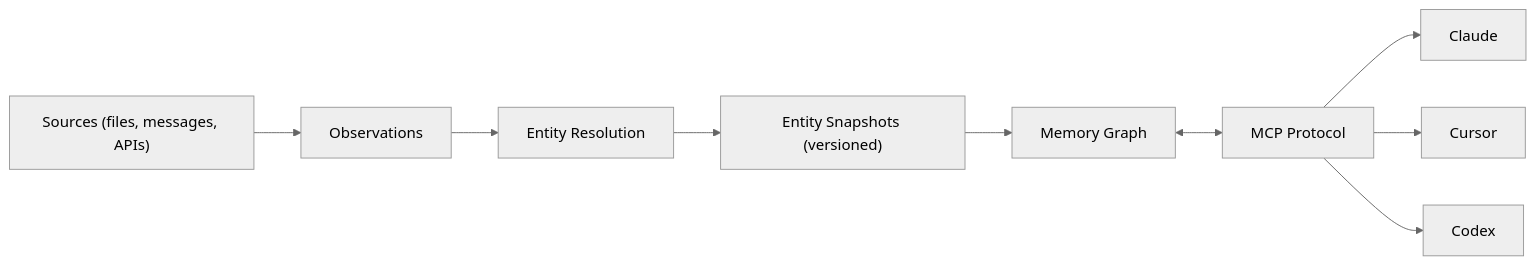
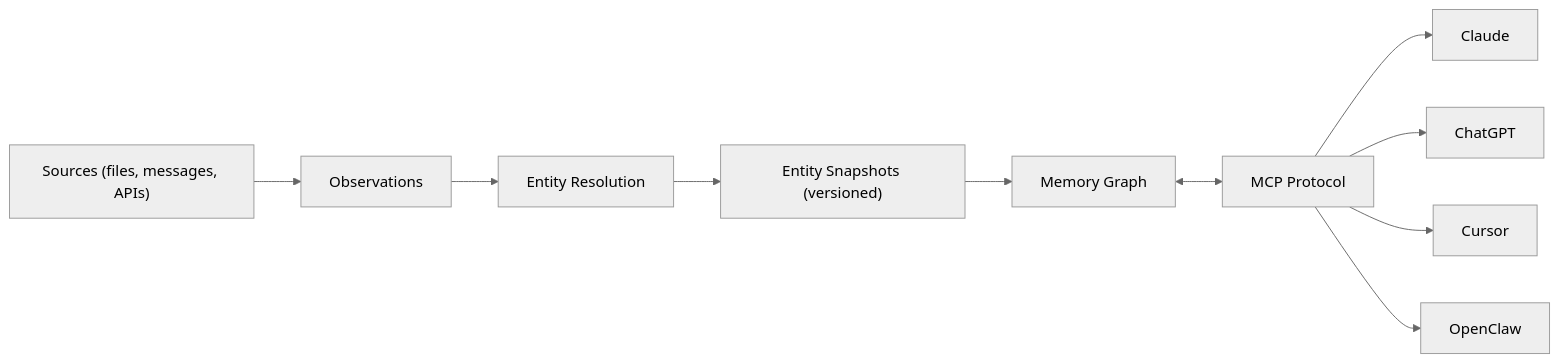
One commit to markmhendrickson/neotoma changed the diagram in README.md. Above: the diagram before and after it, drawn with Mermaid (neutral theme). The commit also changed other lines of this file and 15 other files, not shown here.

First line of the commit message:
refine evaluation-first site flow and public release notes

````diff
--- a/README.md
+++ b/README.md
@@ -30,11 +28,12 @@
 ```mermaid
 graph LR
   Sources["Sources (files, messages, APIs)"] --> Obs[Observations]
   Obs --> Entities[Entity Resolution]
   Entities --> Snapshots["Entity Snapshots (versioned)"]
   Snapshots --> Graph[Memory Graph]
   Graph <--> MCP[MCP Protocol]
   MCP --> Claude
+  MCP --> ChatGPT
   MCP --> Cursor
-  MCP --> Codex
+  MCP --> OpenClaw
 ```
````
